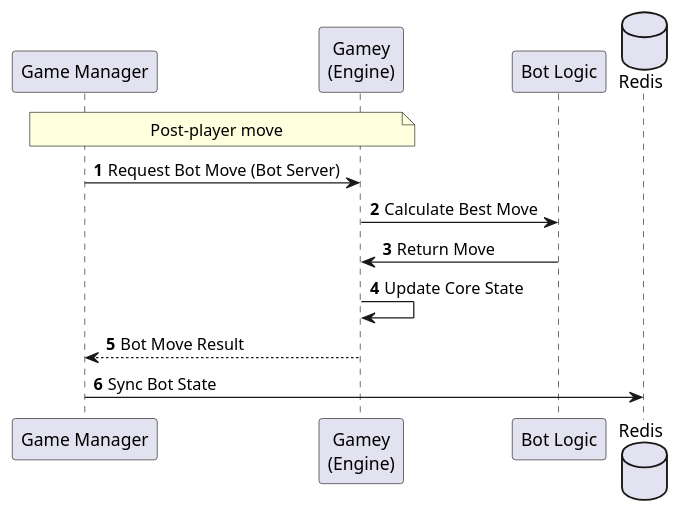
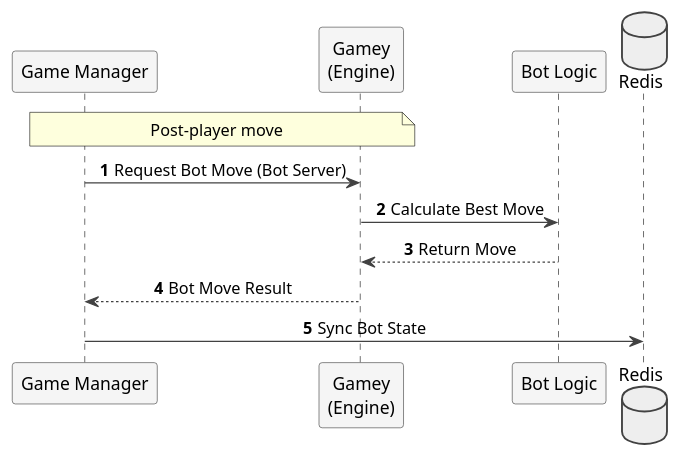
One commit to mvtrapiella/yovi_en2a changed the fifth of 6 diagrams in docs/src/06_runtime_view.adoc. Above: the diagram before and after it, drawn with PlantUML. The commit also changed other lines of this file and 14 other files, not shown here.

First line of the commit message:
Update arc42 docs: fix diagrams and expand security/HTTPS sections

```diff
--- a/docs/src/06_runtime_view.adoc
+++ b/docs/src/06_runtime_view.adoc
@@ -138,20 +187,26 @@
 [plantuml, target=runtime_bot_move, format=png]
 ....
 @startuml
 autonumber
 skinparam shadowing false
+skinparam sequenceMessageAlign center
+skinparam ParticipantBackgroundColor #F5F5F5
+skinparam ParticipantBorderColor #424242
+skinparam DatabaseBackgroundColor #EEEEEE
+skinparam DatabaseBorderColor #424242
+skinparam SequenceArrowColor #424242
+skinparam ActorBorderColor #424242
 
 participant "Game Manager" as GM
 participant "Gamey\n(Engine)" as Engine
 participant "Bot Logic" as Bot
 database "Redis" as Redis
 
 note over GM, Engine: Post-player move
 GM -> Engine : Request Bot Move (Bot Server)
 Engine -> Bot : Calculate Best Move
-Bot -> Engine : Return Move
-Engine -> Engine : Update Core State
+Bot --> Engine : Return Move
 Engine --> GM : Bot Move Result
 GM -> Redis : Sync Bot State
 @enduml
 ....
```
